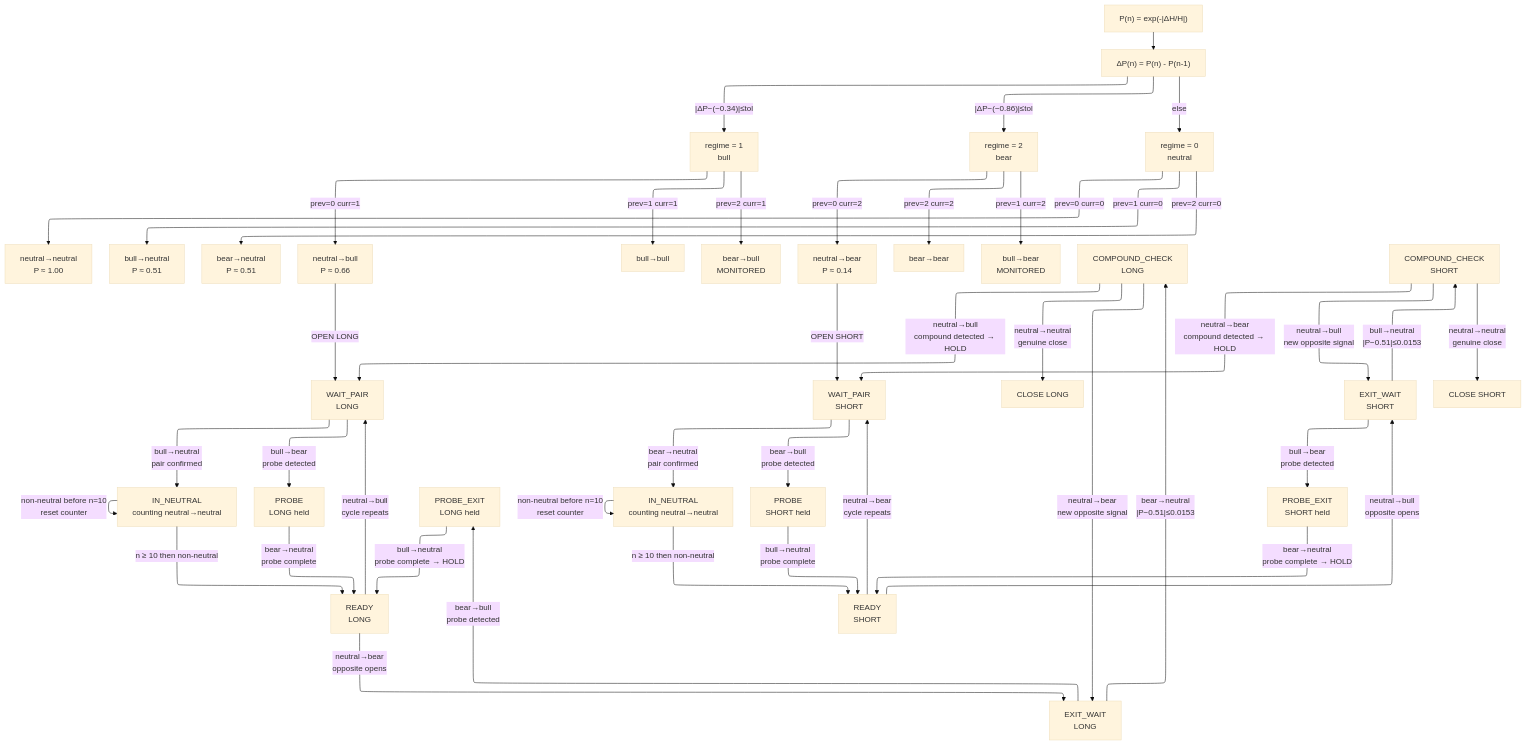
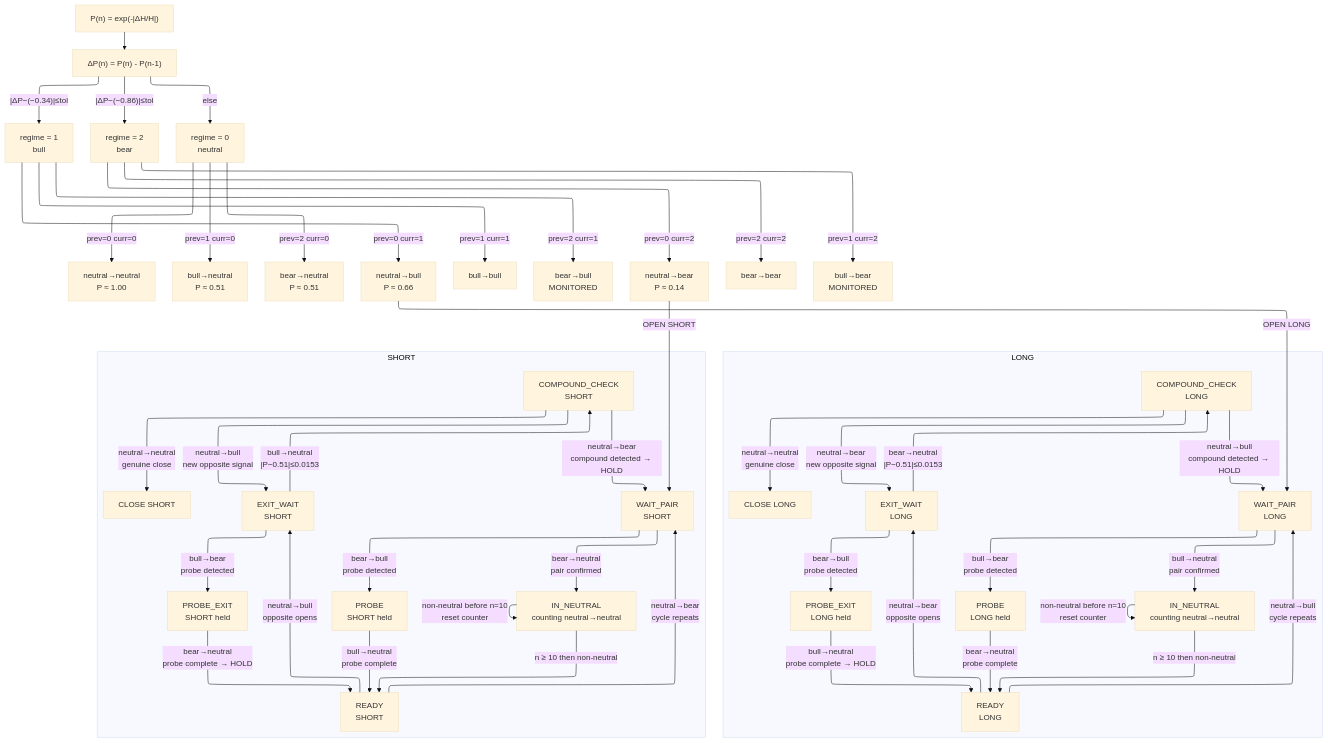
One commit to quantiota/SKA-Binance--API changed the third of 3 diagrams in state_machine_diagram.md. Above: the diagram before and after it, drawn with Mermaid. The commit also changed other lines of this file, not shown here.

````diff
--- a/state_machine_diagram.md
+++ b/state_machine_diagram.md
@@ -195,74 +221,82 @@
 ```mermaid
 ---
 config:
   look: classic
   theme: base
   layout: elk
 ---
 flowchart TD
     P["P(n) = exp(-|ΔH/H|)"]
     DP["ΔP(n) = P(n) - P(n-1)"]
 
     P --> DP
 
     DP -->|"|ΔP−(−0.34)|≤tol"| B["regime = 1\nbull"]
     DP -->|"|ΔP−(−0.86)|≤tol"| R["regime = 2\nbear"]
     DP -->|"else"| N["regime = 0\nneutral"]
 
     N -->|"prev=0 curr=0"| T0["neutral→neutral\nP ≈ 1.00"]
     N -->|"prev=1 curr=0"| T1["bull→neutral\nP ≈ 0.51"]
     N -->|"prev=2 curr=0"| T2["bear→neutral\nP ≈ 0.51"]
 
     B -->|"prev=0 curr=1"| T3["neutral→bull\nP ≈ 0.66"]
     B -->|"prev=1 curr=1"| T4["bull→bull"]
     B -->|"prev=2 curr=1"| DJ2["bear→bull\nMONITORED"]
 
     R -->|"prev=0 curr=2"| T5["neutral→bear\nP ≈ 0.14"]
     R -->|"prev=2 curr=2"| T6["bear→bear"]
     R -->|"prev=1 curr=2"| DJ1["bull→bear\nMONITORED"]
 
-    T3 -->|"OPEN LONG"| WAIT_PAIR_L["WAIT_PAIR\nLONG"]
-    T5 -->|"OPEN SHORT"| WAIT_PAIR_S["WAIT_PAIR\nSHORT"]
+    subgraph LONG_PATH ["LONG"]
+        WAIT_PAIR_L["WAIT_PAIR\nLONG"]
+        IN_N_L["IN_NEUTRAL\ncounting neutral→neutral"]
+        PROBE_L["PROBE\nLONG held"]
+        READY_L["READY\nLONG"]
+        EXIT_L["EXIT_WAIT\nLONG"]
+        PROBE_EXIT_L["PROBE_EXIT\nLONG held"]
+        CHECK_L["COMPOUND_CHECK\nLONG"]
+        CLOSE_L["CLOSE LONG"]
 
-    %% --- LONG path ---
-    WAIT_PAIR_L -->|"bull→neutral\npair confirmed"| IN_N_L["IN_NEUTRAL\ncounting neutral→neutral"]
-    WAIT_PAIR_L -->|"bull→bear\nprobe detected"| PROBE_L["PROBE\nLONG held"]
+        WAIT_PAIR_L -->|"bull→neutral\npair confirmed"| IN_N_L
+        WAIT_PAIR_L -->|"bull→bear\nprobe detected"| PROBE_L
+        PROBE_L -->|"bear→neutral\nprobe complete"| READY_L
+        IN_N_L -->|"n ≥ 10 then non-neutral"| READY_L
+        IN_N_L -->|"non-neutral before n=10\nreset counter"| IN_N_L
+        READY_L -->|"neutral→bull\ncycle repeats"| WAIT_PAIR_L
+        READY_L -->|"neutral→bear\nopposite opens"| EXIT_L
+        EXIT_L -->|"bear→neutral\n|P−0.51|≤0.0153"| CHECK_L
+        EXIT_L -->|"bear→bull\nprobe detected"| PROBE_EXIT_L
+        PROBE_EXIT_L -->|"bull→neutral\nprobe complete → HOLD"| READY_L
+        CHECK_L -->|"neutral→neutral\ngenuine close"| CLOSE_L
+        CHECK_L -->|"neutral→bull\ncompound detected → HOLD"| WAIT_PAIR_L
+        CHECK_L -->|"neutral→bear\nnew opposite signal"| EXIT_L
+    end
 
-    PROBE_L -->|"bear→neutral\nprobe complete"| READY_L["READY\nLONG"]
+    subgraph SHORT_PATH ["SHORT"]
+        WAIT_PAIR_S["WAIT_PAIR\nSHORT"]
+        IN_N_S["IN_NEUTRAL\ncounting neutral→neutral"]
+        PROBE_S["PROBE\nSHORT held"]
+        READY_S["READY\nSHORT"]
+        EXIT_S["EXIT_WAIT\nSHORT"]
+        PROBE_EXIT_S["PROBE_EXIT\nSHORT held"]
+        CHECK_S["COMPOUND_CHECK\nSHORT"]
+        CLOSE_S["CLOSE SHORT"]
 
-    IN_N_L -->|"n ≥ 10 then non-neutral"| READY_L
-    IN_N_L -->|"non-neutral before n=10\nreset counter"| IN_N_L
+        WAIT_PAIR_S -->|"bear→neutral\npair confirmed"| IN_N_S
+        WAIT_PAIR_S -->|"bear→bull\nprobe detected"| PROBE_S
+        PROBE_S -->|"bull→neutral\nprobe complete"| READY_S
+        IN_N_S -->|"n ≥ 10 then non-neutral"| READY_S
+        IN_N_S -->|"non-neutral before n=10\nreset counter"| IN_N_S
+        READY_S -->|"neutral→bear\ncycle repeats"| WAIT_PAIR_S
+        READY_S -->|"neutral→bull\nopposite opens"| EXIT_S
+        EXIT_S -->|"bull→neutral\n|P−0.51|≤0.0153"| CHECK_S
+        EXIT_S -->|"bull→bear\nprobe detected"| PROBE_EXIT_S
+        PROBE_EXIT_S -->|"bear→neutral\nprobe complete → HOLD"| READY_S
+        CHECK_S -->|"neutral→neutral\ngenuine close"| CLOSE_S
+        CHECK_S -->|"neutral→bear\ncompound detected → HOLD"| WAIT_PAIR_S
+        CHECK_S -->|"neutral→bull\nnew opposite signal"| EXIT_S
+    end
 
-    READY_L -->|"neutral→bull\ncycle repeats"| WAIT_PAIR_L
-    READY_L -->|"neutral→bear\nopposite opens"| EXIT_L["EXIT_WAIT\nLONG"]
-
-    EXIT_L -->|"bear→neutral\n|P−0.51|≤0.0153"| CHECK_L["COMPOUND_CHECK\nLONG"]
-    EXIT_L -->|"bear→bull\nprobe detected"| PROBE_EXIT_L["PROBE_EXIT\nLONG held"]
-
-    PROBE_EXIT_L -->|"bull→neutral\nprobe complete → HOLD"| READY_L
-
-    CHECK_L -->|"neutral→neutral\ngenuine close"| CLOSE_L["CLOSE LONG"]
-    CHECK_L -->|"neutral→bull\ncompound detected → HOLD"| WAIT_PAIR_L
-    CHECK_L -->|"neutral→bear\nnew opposite signal"| EXIT_L
-
-    %% --- SHORT path ---
-    WAIT_PAIR_S -->|"bear→neutral\npair confirmed"| IN_N_S["IN_NEUTRAL\ncounting neutral→neutral"]
-    WAIT_PAIR_S -->|"bear→bull\nprobe detected"| PROBE_S["PROBE\nSHORT held"]
-
-    PROBE_S -->|"bull→neutral\nprobe complete"| READY_S["READY\nSHORT"]
-
-    IN_N_S -->|"n ≥ 10 then non-neutral"| READY_S
-    IN_N_S -->|"non-neutral before n=10\nreset counter"| IN_N_S
-
-    READY_S -->|"neutral→bear\ncycle repeats"| WAIT_PAIR_S
-    READY_S -->|"neutral→bull\nopposite opens"| EXIT_S["EXIT_WAIT\nSHORT"]
-
-    EXIT_S -->|"bull→neutral\n|P−0.51|≤0.0153"| CHECK_S["COMPOUND_CHECK\nSHORT"]
-    EXIT_S -->|"bull→bear\nprobe detected"| PROBE_EXIT_S["PROBE_EXIT\nSHORT held"]
-
-    PROBE_EXIT_S -->|"bear→neutral\nprobe complete → HOLD"| READY_S
-
-    CHECK_S -->|"neutral→neutral\ngenuine close"| CLOSE_S["CLOSE SHORT"]
-    CHECK_S -->|"neutral→bear\ncompound detected → HOLD"| WAIT_PAIR_S
-    CHECK_S -->|"neutral→bull\nnew opposite signal"| EXIT_S
+    T3 -->|"OPEN LONG"| WAIT_PAIR_L
+    T5 -->|"OPEN SHORT"| WAIT_PAIR_S
 ```
````
